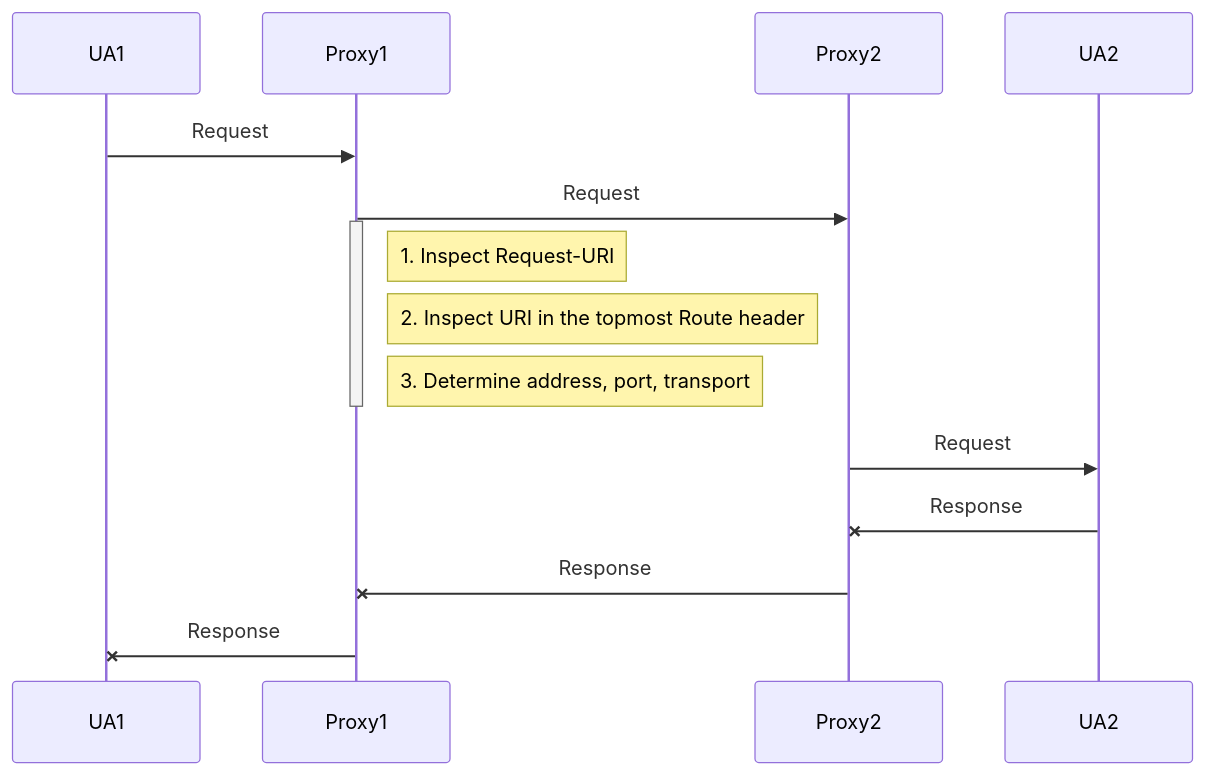
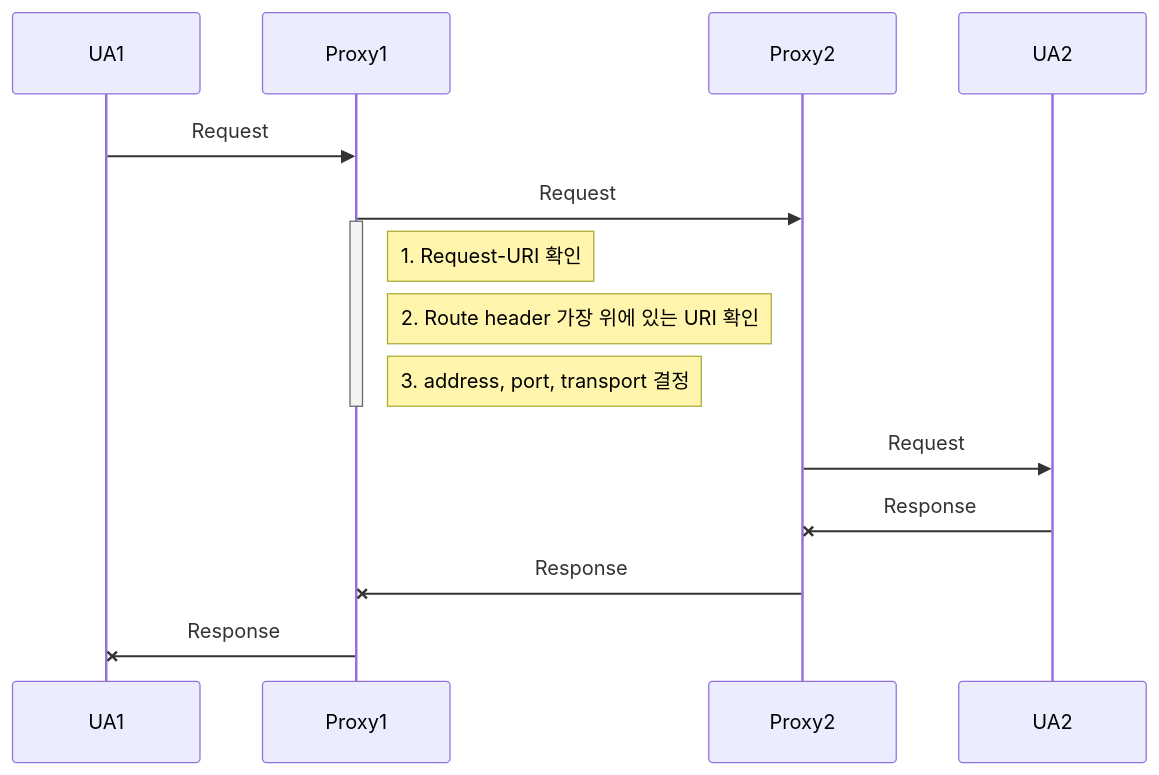
Before and after one commit to byung-u/TeleCommunicationDocs: the diagram in proxy_route_processing.mmd, drawn with Mermaid. The commit also changed 7 other files, not shown here.

```diff
--- a/proxy_route_processing.mmd
+++ b/proxy_route_processing.mmd
@@ -1,13 +1,13 @@
 %% Sequence diagram code
 sequenceDiagram
     UA1 ->> Proxy1: Request
     Proxy1 ->> Proxy2: Request
     activate Proxy1
-    Note right of Proxy1: 1. Inspect Request-URI
-    Note right of Proxy1: 2. Inspect URI in the topmost Route header
-    Note right of Proxy1: 3. Determine address, port, transport
+    Note right of Proxy1: 1. Request-URI 확인
+    Note right of Proxy1: 2. Route header 가장 위에 있는 URI 확인
+    Note right of Proxy1: 3. address, port, transport 결정
     deactivate Proxy1
     Proxy2 ->> UA2: Request
     UA2 -x Proxy2: Response
     Proxy2 -x Proxy1: Response
     Proxy1 -x UA1: Response
```
